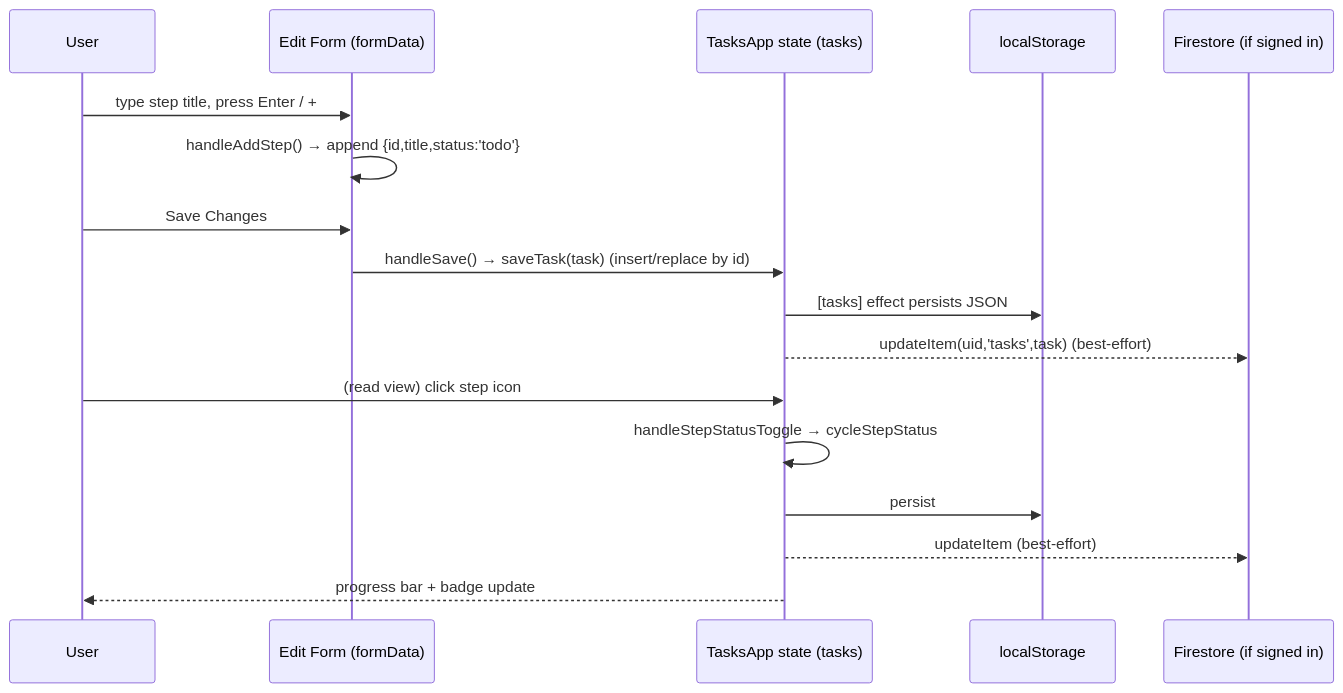
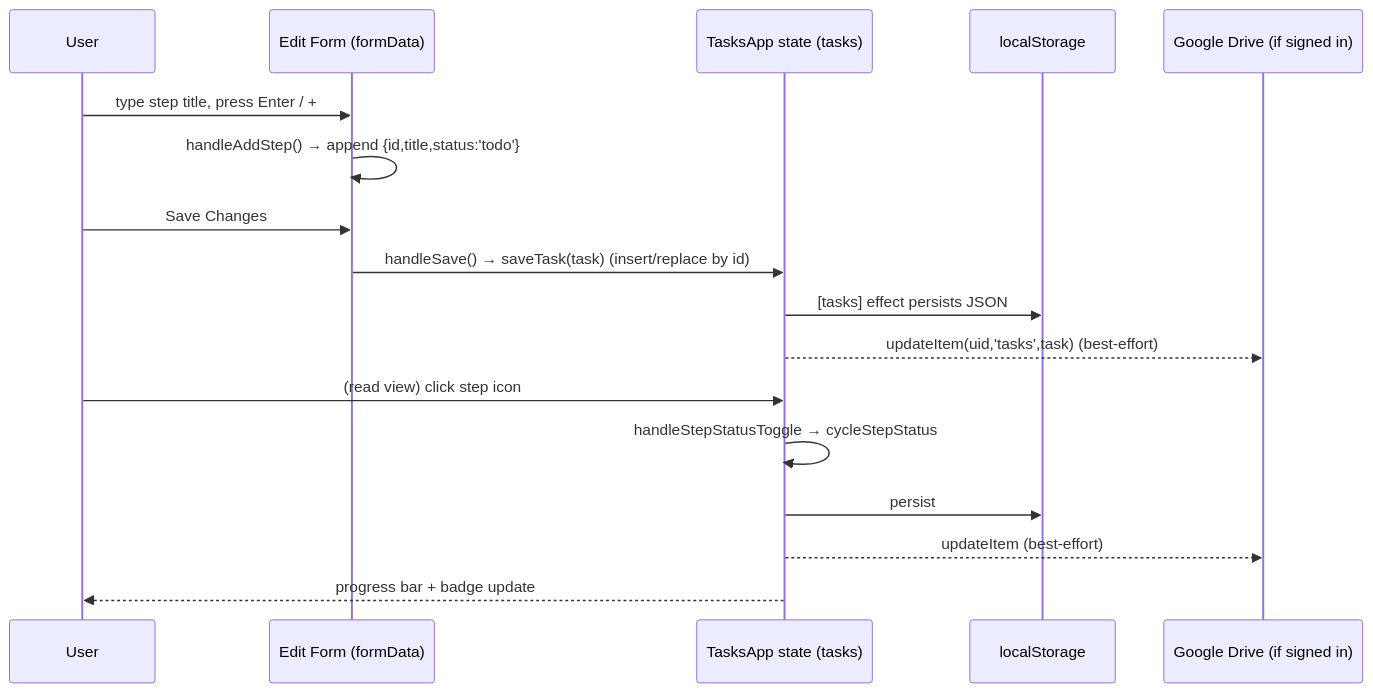
Before and after one commit to joka-7/KanDOne: the diagram in docs/LLD.md, drawn with Mermaid. The commit also changed other lines of this file and 19 other files, not shown here.

First line of the commit message:
feat(sync)!: sync to the user's own Google Drive instead of Firestore (#100)

````diff
--- a/docs/LLD.md
+++ b/docs/LLD.md
@@ -492,20 +540,20 @@
 ```mermaid
 sequenceDiagram
     participant U as User
     participant F as Edit Form (formData)
     participant T as TasksApp state (tasks)
     participant LS as localStorage
-    participant FS as Firestore (if signed in)
+    participant FS as Google Drive (if signed in)
 
     U->>F: type step title, press Enter / +
     F->>F: handleAddStep() → append {id,title,status:'todo'}
     U->>F: Save Changes
     F->>T: handleSave() → saveTask(task) (insert/replace by id)
     T->>LS: [tasks] effect persists JSON
     T-->>FS: updateItem(uid,'tasks',task) (best-effort)
     U->>T: (read view) click step icon
     T->>T: handleStepStatusToggle → cycleStepStatus
     T->>LS: persist
     T-->>FS: updateItem (best-effort)
     T-->>U: progress bar + badge update
 ```
````
